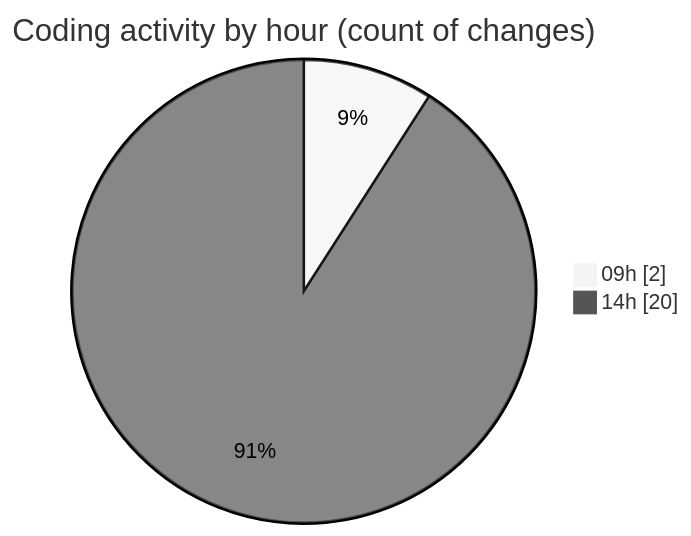
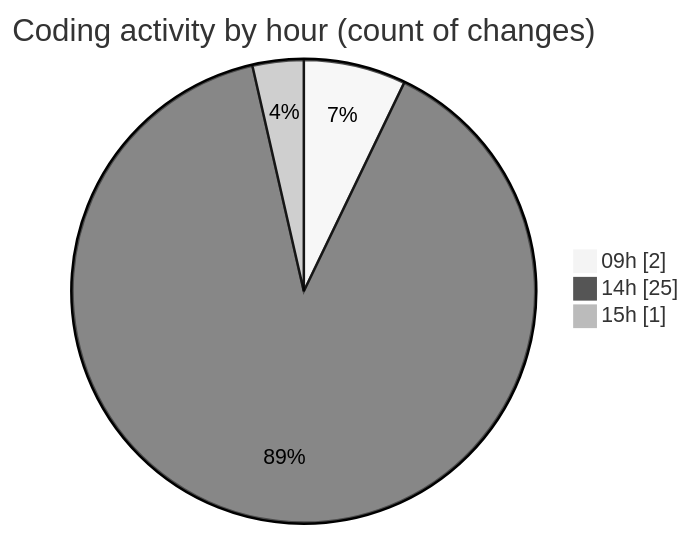
One commit to momahboobian/code-tracking changed the second of 2 diagrams in 2026-08-19/cda/README.md. Above: the diagram before and after it, drawn with Mermaid (neutral theme). The commit also changed other lines of this file and 1 other file, not shown here.

````diff
--- a/2026-08-19/cda/README.md
+++ b/2026-08-19/cda/README.md
@@ -51,6 +51,7 @@
 ```mermaid
 pie showData
 title Coding activity by hour (count of changes)
 "09h" : 2
-"14h" : 20
+"14h" : 25
+"15h" : 1
 ```
````
